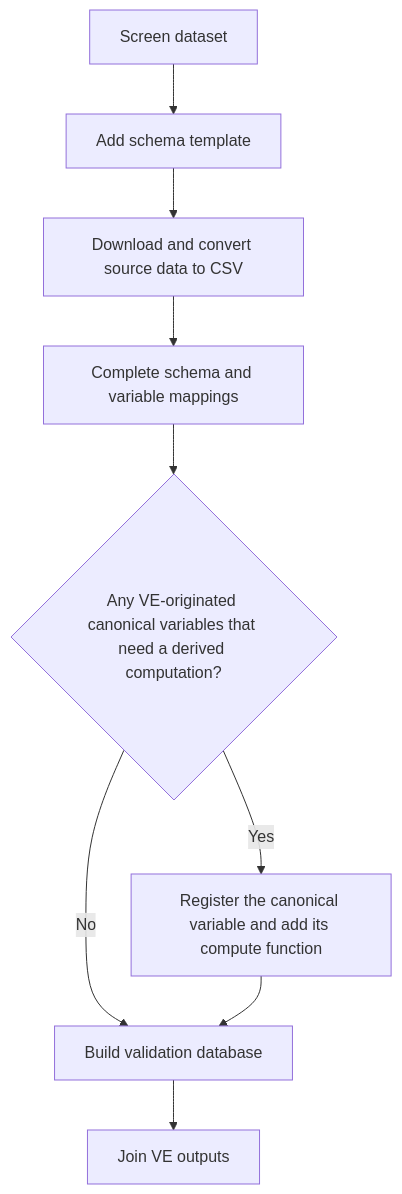
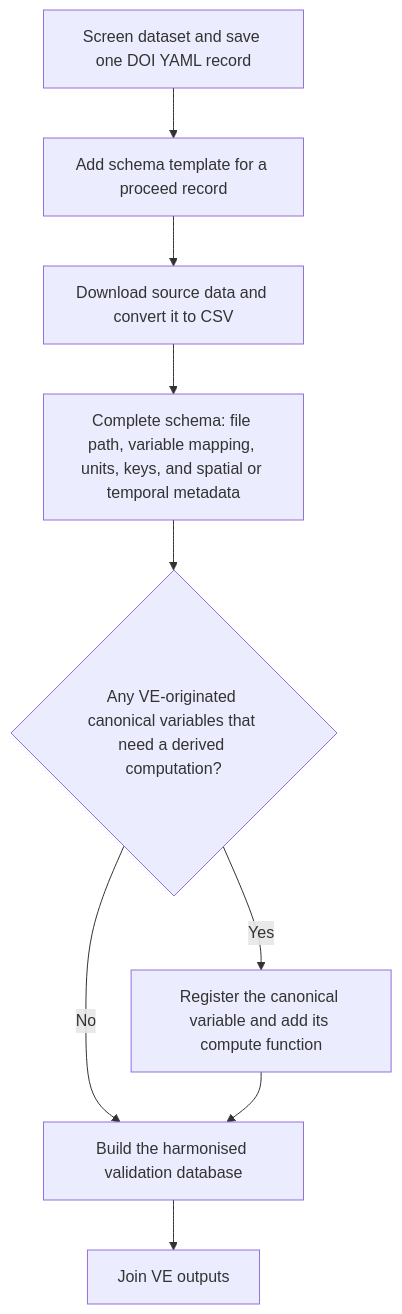
One commit to ImperialCollegeLondon/ve_data_science changed the first of 3 diagrams in docs/validation_database.md. Above: the diagram before and after it, drawn with Mermaid. The commit also changed other lines of this file, not shown here.

````diff
--- a/docs/validation_database.md
+++ b/docs/validation_database.md
@@ -10,11 +8,11 @@
 ```mermaid
 flowchart TD
-  A[Screen dataset] --> B[Add schema template]
-  B --> C[Download and convert source data to CSV]
-  C --> D[Complete schema and variable mappings]
+  A[Screen dataset and save one DOI YAML record] --> B[Add schema template for a proceed record]
+  B --> C[Download source data and convert it to CSV]
+  C --> D[Complete schema: file path, variable mapping, units, keys, and spatial or temporal metadata]
   D --> E{Any VE-originated canonical variables that need a derived computation?}
-  E -- No --> F[Build validation database]
+  E -- No --> F[Build the harmonised validation database]
   E -- Yes --> G[Register the canonical variable and add its compute function]
   G --> F
   F --> H[Join VE outputs]
 ```
````
